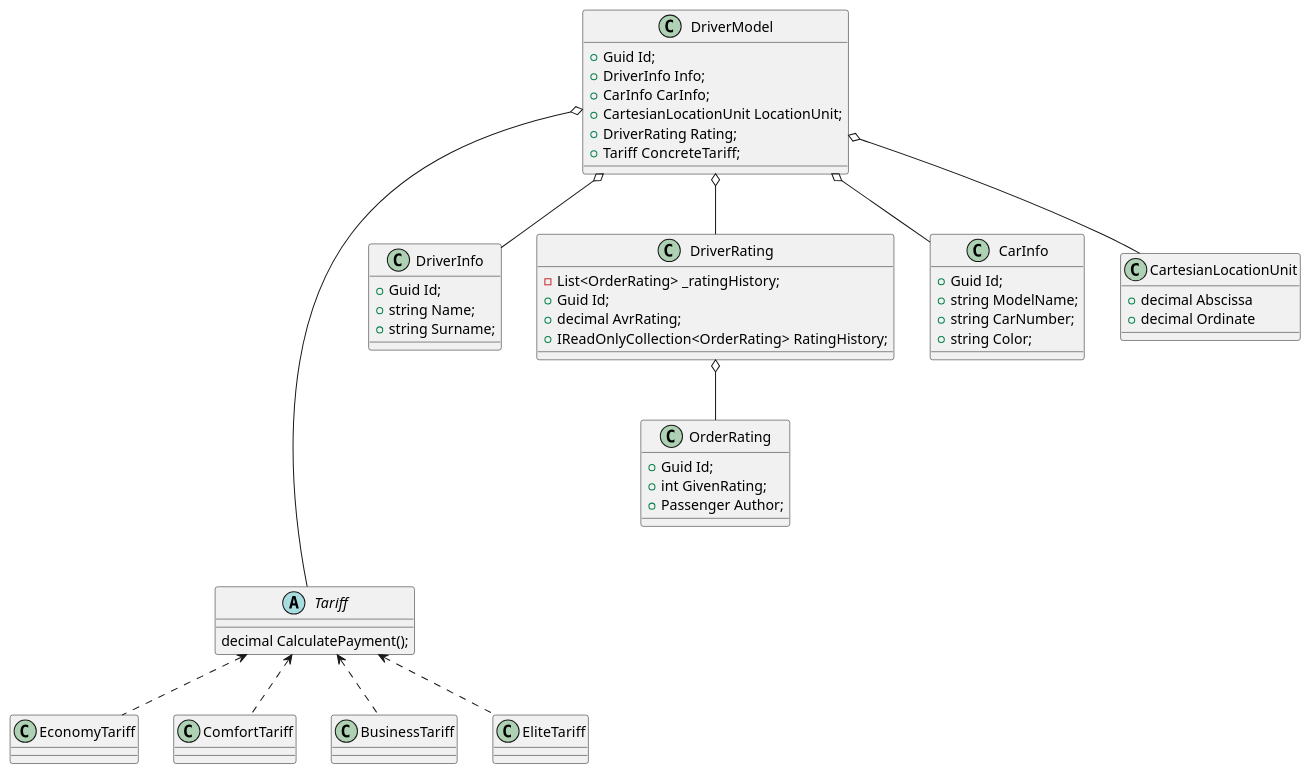
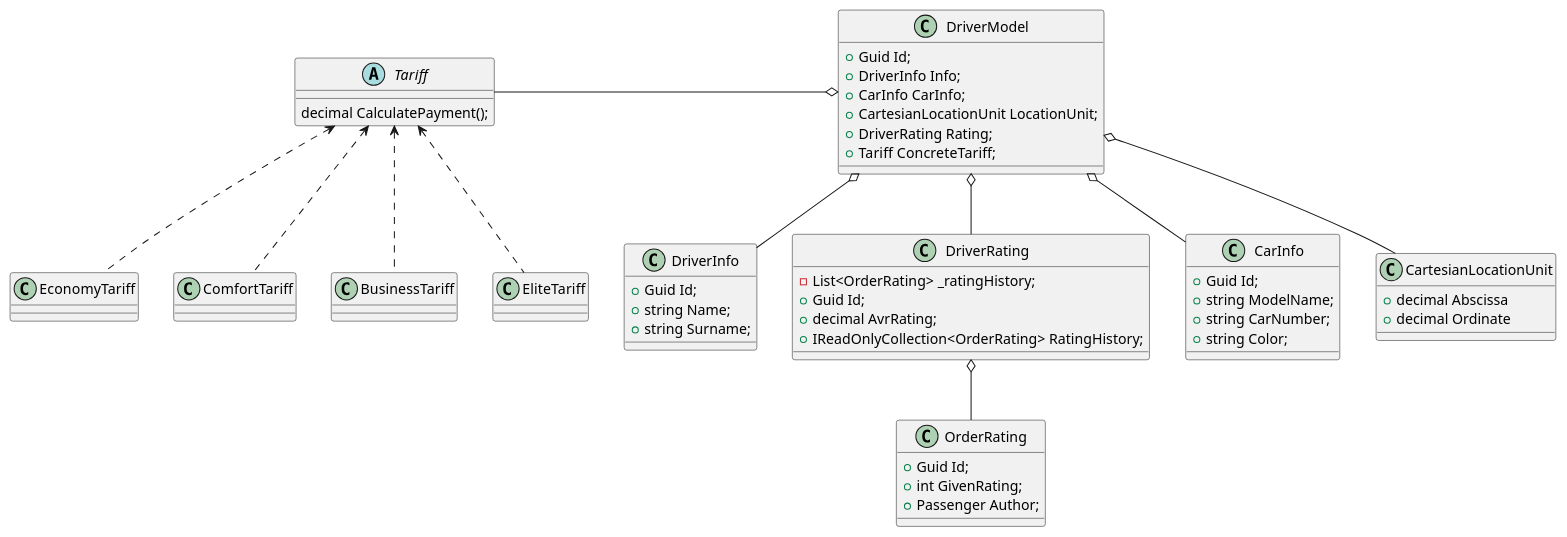
One commit to is-oop-y24/Pig-n-Go changed the diagram in Docs/DriverModelScheme.puml. Above: the diagram before and after it, drawn with PlantUML.

Commit message:
ref: straightened arrow

```diff
--- a/Docs/DriverModelScheme.puml
+++ b/Docs/DriverModelScheme.puml
@@ -1,68 +1,68 @@
 @startuml
 'https://plantuml.com/class-diagram
 
 abstract class Tariff
 {
     decimal CalculatePayment();
 }
 
 Tariff <.. EconomyTariff
 Tariff <.. ComfortTariff
 Tariff <.. BusinessTariff
 Tariff <.. EliteTariff
 
 class DriverModel
 {
     +Guid Id;
     +DriverInfo Info;
     +CarInfo CarInfo;
     +CartesianLocationUnit LocationUnit;
     +DriverRating Rating;
     +Tariff ConcreteTariff;
 }
 
 class DriverInfo
 {
     +Guid Id;
     +string Name;
     +string Surname;
 }
 
 class DriverRating
 { 
     -List<OrderRating> _ratingHistory;
     +Guid Id;
     +decimal AvrRating;
     +IReadOnlyCollection<OrderRating> RatingHistory;
 }
 
 class OrderRating
 {
     +Guid Id;
     +int GivenRating;
     +Passenger Author;
 }
 
 class CarInfo
 {
     +Guid Id;
     +string ModelName;
     +string CarNumber;
     +string Color;
 }
 
 class CartesianLocationUnit
 {
     +decimal Abscissa
     +decimal Ordinate
 }
 
 DriverModel o-- DriverRating
 DriverModel o-- DriverInfo
 DriverModel o-- CarInfo
 DriverModel o-- CartesianLocationUnit
-DriverModel o-d--- Tariff
+DriverModel o-l- Tariff
 
 DriverRating o-- OrderRating
 
 @enduml
```
